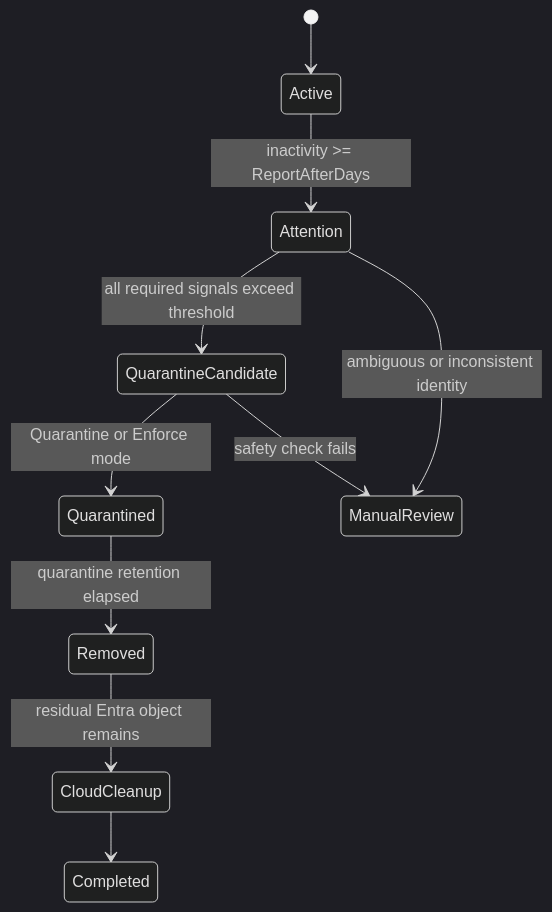
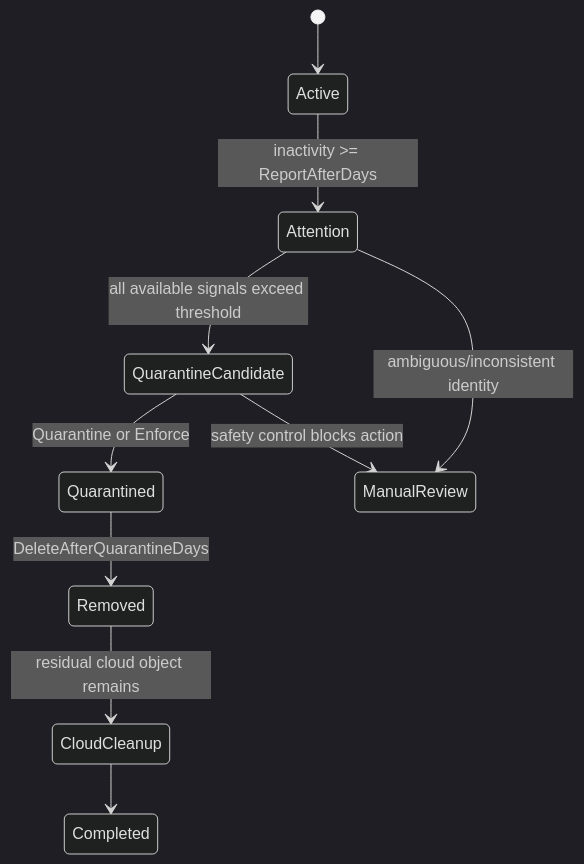
One commit to diogowermann/DeviceLifecycle changed the diagram in README.md. Above: the diagram before and after it, drawn with Mermaid (dark theme). The commit also changed other lines of this file and 2 other files, not shown here.

First line of the commit message:
Document Enforce production validation and scheduled task model (#5)

````diff
--- a/README.md
+++ b/README.md
@@ -78,13 +50,13 @@
 ```mermaid
 stateDiagram-v2
     [*] --> Active
     Active --> Attention: inactivity >= ReportAfterDays
-    Attention --> QuarantineCandidate: all required signals exceed threshold
-    QuarantineCandidate --> Quarantined: Quarantine or Enforce mode
-    Quarantined --> Removed: quarantine retention elapsed
-    Removed --> CloudCleanup: residual Entra object remains
+    Attention --> QuarantineCandidate: all available signals exceed threshold
+    QuarantineCandidate --> Quarantined: Quarantine or Enforce
+    Quarantined --> Removed: DeleteAfterQuarantineDays
+    Removed --> CloudCleanup: residual cloud object remains
     CloudCleanup --> Completed
 
-    Attention --> ManualReview: ambiguous or inconsistent identity
-    QuarantineCandidate --> ManualReview: safety check fails
+    Attention --> ManualReview: ambiguous/inconsistent identity
+    QuarantineCandidate --> ManualReview: safety control blocks action
 ```
````
